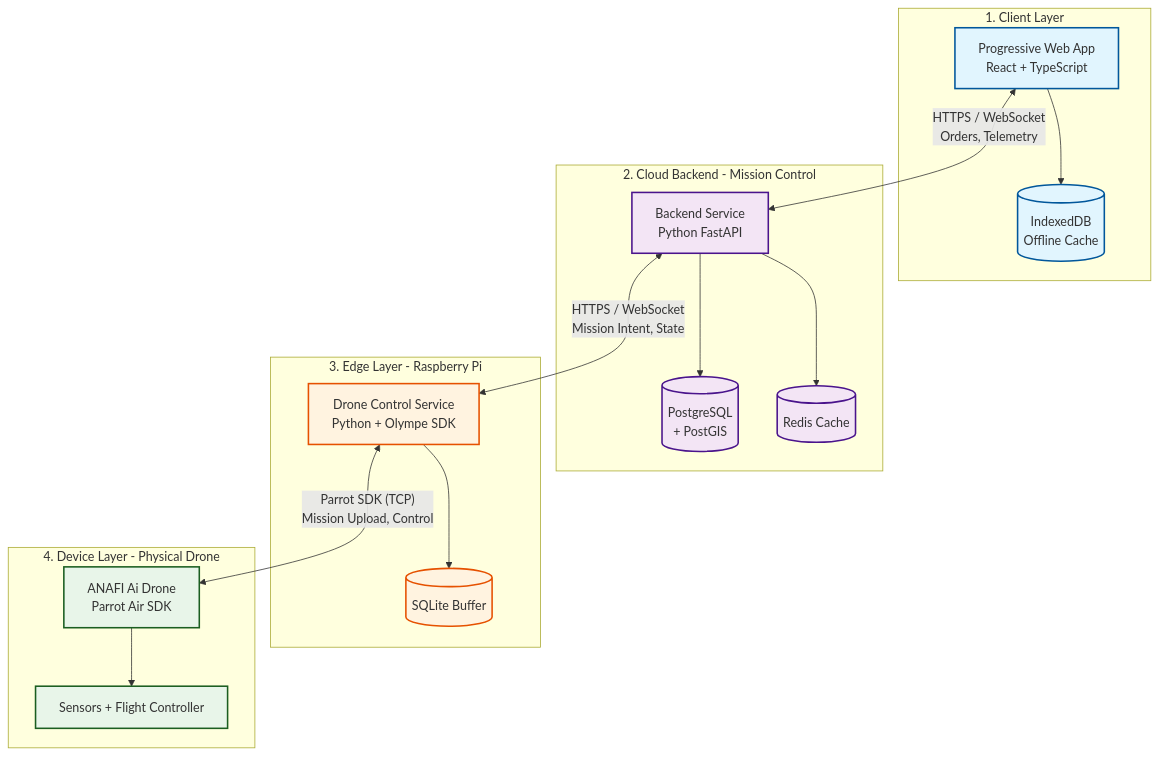
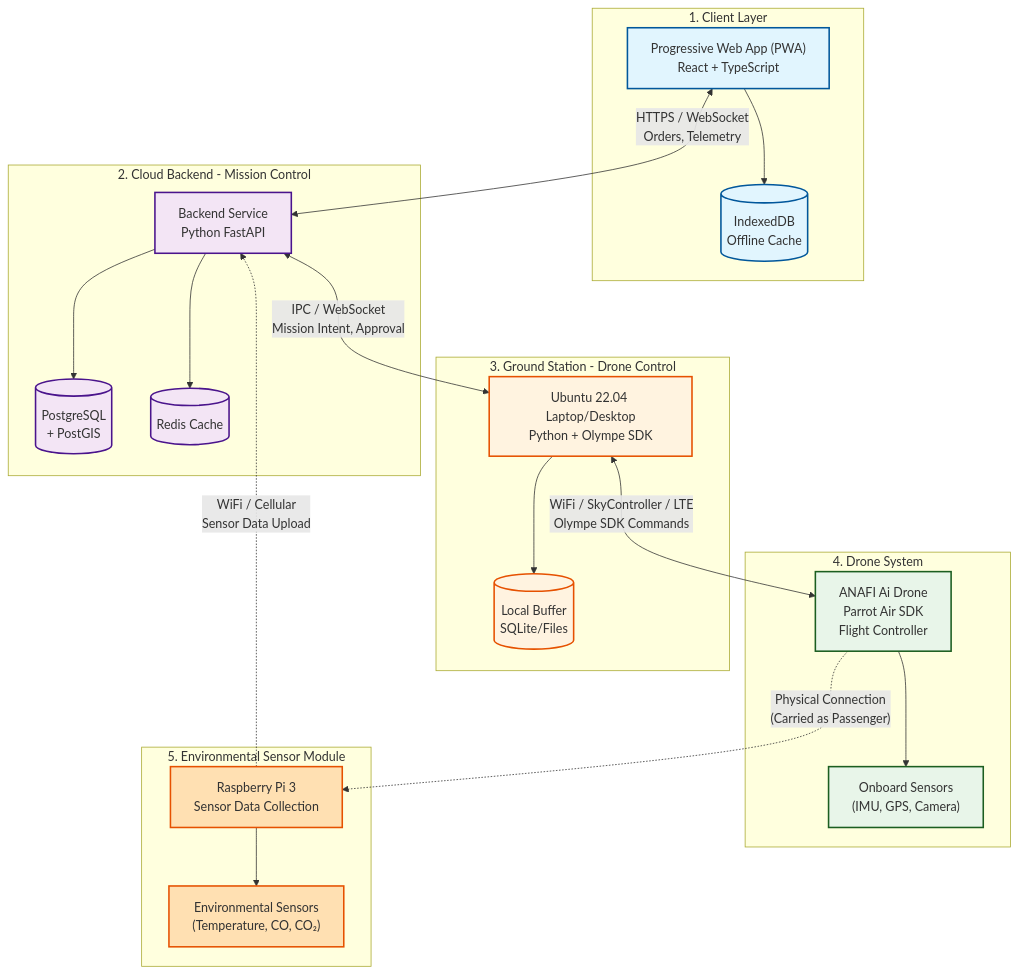
One commit to SoftTouch-2026/EcoDrone changed the diagram in docs/system_architecture.md. Above: the diagram before and after it, drawn with Mermaid. The commit also changed other lines of this file and 14 other files, not shown here.

````diff
--- a/docs/system_architecture.md
+++ b/docs/system_architecture.md
@@ -15,50 +15,61 @@
 ```mermaid
 flowchart TB
     %% Styling
     classDef clientStyle fill:#e1f5fe,stroke:#01579b,stroke-width:2px
     classDef cloudStyle fill:#f3e5f5,stroke:#4a148c,stroke-width:2px
-    classDef edgeStyle fill:#fff3e0,stroke:#e65100,stroke-width:2px
-    classDef deviceStyle fill:#e8f5e9,stroke:#1b5e20,stroke-width:2px
+    classDef groundStyle fill:#fff3e0,stroke:#e65100,stroke-width:2px
+    classDef droneStyle fill:#e8f5e9,stroke:#1b5e20,stroke-width:2px
+    classDef sensorStyle fill:#ffe0b2,stroke:#e65100,stroke-width:2px
 
     subgraph ClientLayer["1. Client Layer"]
-        PWA["Progressive Web App<br/>React + TypeScript"]
+        PWA["Progressive Web App (PWA)<br/>React + TypeScript"]
         IndexedDB[("IndexedDB<br/>Offline Cache")]
     end
 
     subgraph CloudLayer["2. Cloud Backend - Mission Control"]
         Backend["Backend Service<br/>Python FastAPI"]
         DB[("PostgreSQL<br/>+ PostGIS")]
         Redis[("Redis Cache")]
     end
 
-    subgraph EdgeLayer["3. Edge Layer - Raspberry Pi"]
-        DroneControl["Drone Control Service<br/>Python + Olympe SDK"]
-        SQLite[("SQLite Buffer")]
+    subgraph GroundLayer["3. Ground Station - Drone Control"]
+        GroundStation["Ubuntu 22.04 Laptop/Desktop<br/>Python + Olympe SDK"]
+        LocalDB[("Local Buffer<br/>SQLite/Files")]
     end
 
-    subgraph DeviceLayer["4. Device Layer - Physical Drone"]
-        Drone["ANAFI Ai Drone<br/>Parrot Air SDK"]
-        Sensors["Sensors + Flight Controller"]
+    subgraph DroneLayer["4. Drone System"]
+        Drone["ANAFI Ai Drone<br/>Parrot Air SDK<br/>Flight Controller"]
+        DroneSensors["Onboard Sensors<br/>(IMU, GPS, Camera)"]
+    end
+
+    subgraph SensorLayer["5. Environmental Sensor Module"]
+        RaspberryPi["Raspberry Pi 3<br/>Sensor Data Collection"]
+        EnvSensors["Environmental Sensors<br/>(Temperature, CO, CO₂)"]
     end
 
     PWA --> IndexedDB
     Backend --> DB
     Backend --> Redis
-    DroneControl --> SQLite
-    Drone --> Sensors
+    GroundStation --> LocalDB
+    Drone --> DroneSensors
+    RaspberryPi --> EnvSensors
 
-    PWA <-->|"HTTPS / WebSocket<br/>Orders, Telemetry"| Backend
-    Backend <-->|"HTTPS / WebSocket<br/>Mission Intent, State"| DroneControl
-    DroneControl <-->|"Parrot SDK (TCP)<br/>Mission Upload, Control"| Drone
+    PWA <--> |"HTTPS / WebSocket<br/>Orders, Telemetry"| Backend
+    Backend <--> |"IPC / WebSocket<br/>Mission Intent, Approval"| GroundStation
+    GroundStation <--> |"WiFi / SkyController / LTE<br/>Olympe SDK Commands"| Drone
+    Drone -.-> |"Physical Connection<br/>(Carried as Passenger)"| RaspberryPi
+    RaspberryPi -.-> |"WiFi / Cellular<br/>Sensor Data Upload"| Backend
 
     %% Apply styles
     PWA:::clientStyle
     IndexedDB:::clientStyle
     Backend:::cloudStyle
     DB:::cloudStyle
     Redis:::cloudStyle
-    DroneControl:::edgeStyle
-    SQLite:::edgeStyle
-    Drone:::deviceStyle
-    Sensors:::deviceStyle
+    GroundStation:::groundStyle
+    LocalDB:::groundStyle
+    Drone:::droneStyle
+    DroneSensors:::droneStyle
+    RaspberryPi:::sensorStyle
+    EnvSensors:::sensorStyle
 ```
````
